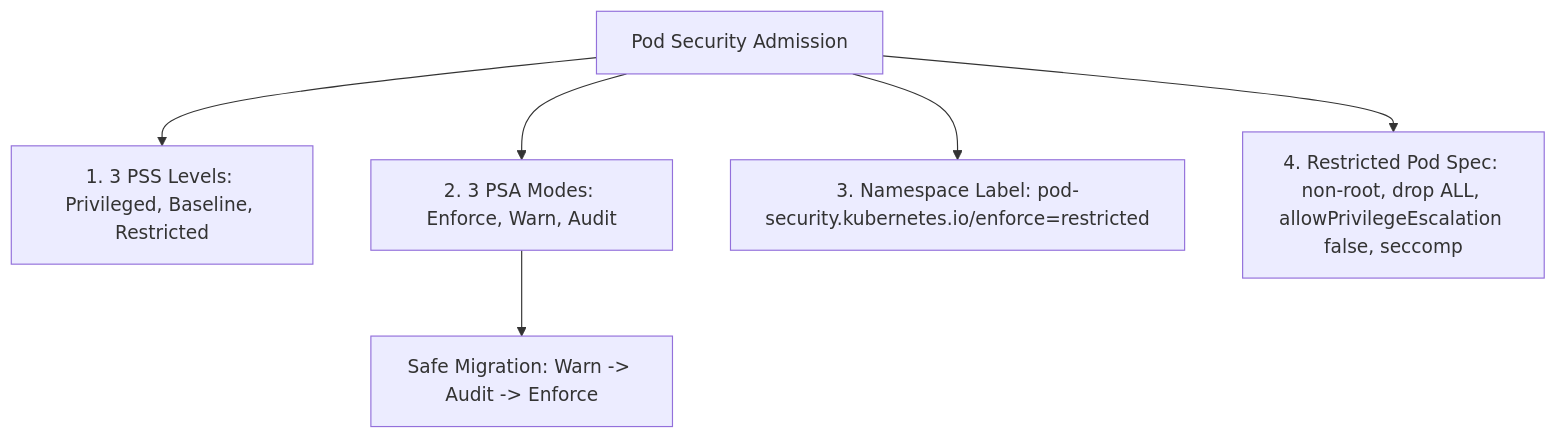
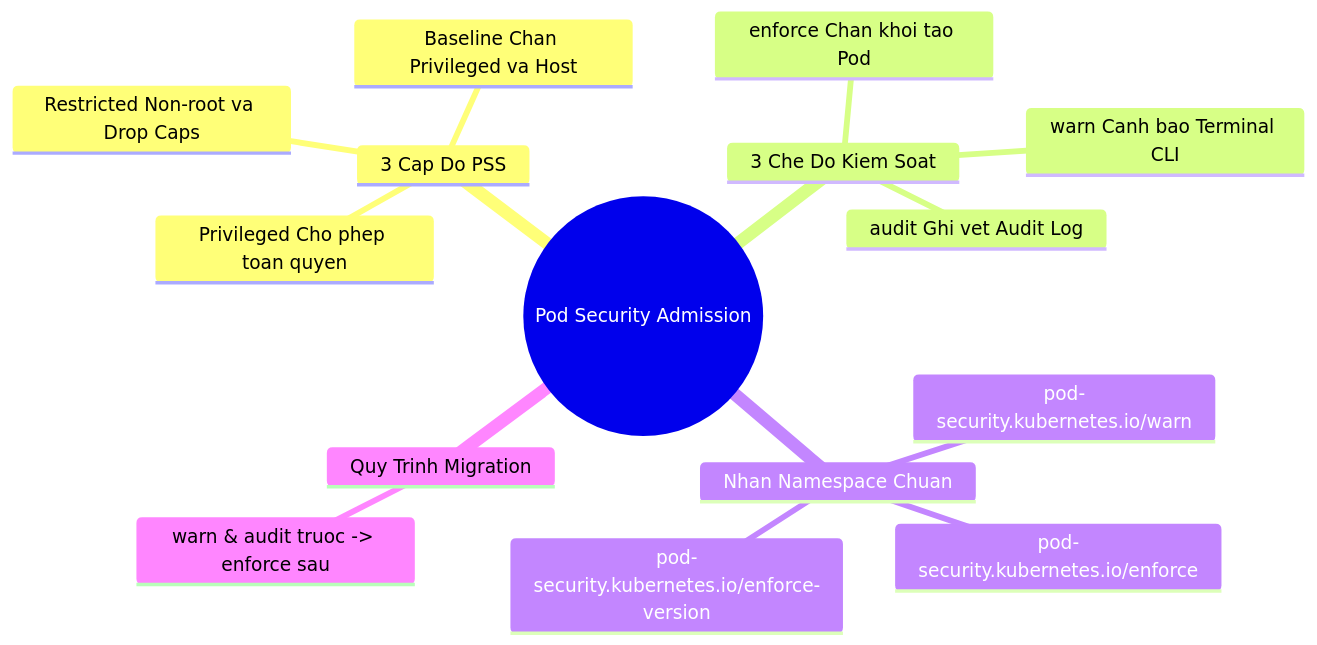
One commit to kiennt308/ntk changed the third of 3 diagrams in _posts/2026-09-12-cks-07-07-pod-security-admission.md. Above: the diagram before and after it, drawn with Mermaid. The commit also changed other lines of this file and 20 other files, not shown here.

````diff
--- a/_posts/2026-09-12-cks-07-07-pod-security-admission.md
+++ b/_posts/2026-09-12-cks-07-07-pod-security-admission.md
@@ -313,9 +499,18 @@
 ```mermaid
-graph TD
-    PSA[Pod Security Admission] --> PSSLevels[1. 3 PSS Levels: Privileged, Baseline, Restricted]
-    PSA --> PSAModes[2. 3 PSA Modes: Enforce, Warn, Audit]
-    PSA --> Labels[3. Namespace Label: pod-security.kubernetes.io/enforce=restricted]
-    PSA --> PodManifest[4. Restricted Pod Spec: non-root, drop ALL, allowPrivilegeEscalation false, seccomp]
-    
-    PSAModes --> SafeMigration[Safe Migration: Warn -> Audit -> Enforce]
+mindmap
+  root((Pod Security Admission))
+    3 Cap Do PSS
+      Privileged Cho phep toan quyen
+      Baseline Chan Privileged va Host
+      Restricted Non-root va Drop Caps
+    3 Che Do Kiem Soat
+      enforce Chan khoi tao Pod
+      warn Canh bao Terminal CLI
+      audit Ghi vet Audit Log
+    Nhan Namespace Chuan
+      pod-security.kubernetes.io/enforce
+      pod-security.kubernetes.io/warn
+      pod-security.kubernetes.io/enforce-version
+    Quy Trinh Migration
+      warn & audit truoc -> enforce sau
 ```
````
